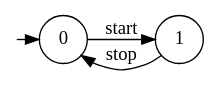
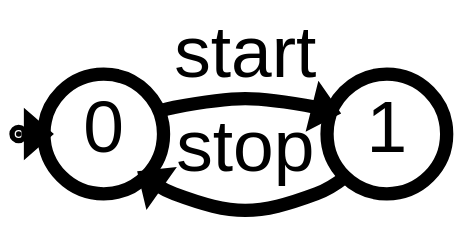
Before and after one commit to blambeau/phd: the diagram in writing/src/2-framework/images/start-stop.dot, drawn with Graphviz. The commit also changed 26 other files, not shown here.

```diff
--- a/writing/src/2-framework/images/start-stop.dot
+++ b/writing/src/2-framework/images/start-stop.dot
@@ -1,9 +1,12 @@
 digraph G {
   graph [rankdir="LR" ranksep=0];
-  zz [label="" color="white" fillcolor="white" shape="circle" style="filled" fixedsize=true width=0.0];
+	node [fontsize=55 fontname="Arial"
+		  penwidth=10 shape="circle" style="filled" height="1.25" width="1.25" fixedsize="true" fillcolor="white"];
+	edge [fontsize=55 fontname="Arial" penwidth=10]
+	zz [height="0.05" width="0.05" fixedsize="true" label="" fillcolor="black"];
   0 [color="black" fillcolor="white" shape="circle" style="filled"];
   1 [color="black" fillcolor="white" shape="circle" style="filled"];
   zz -> 0 [label=""];
   0 -> 1 [label="start"];
   1 -> 0 [label="stop"];
 }
```
